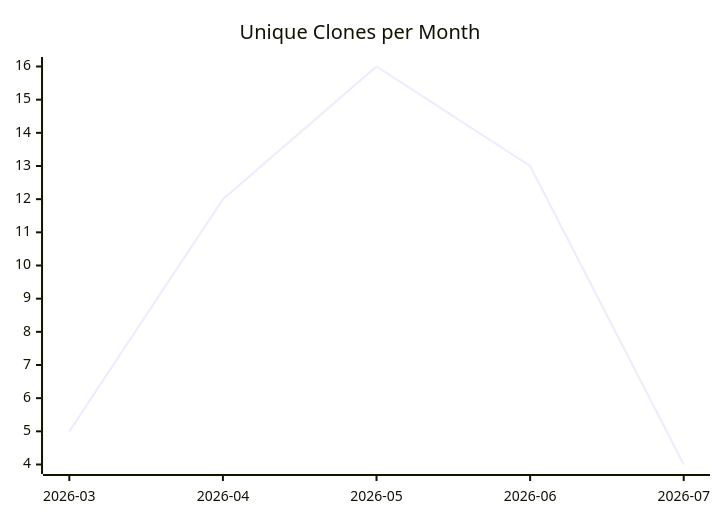
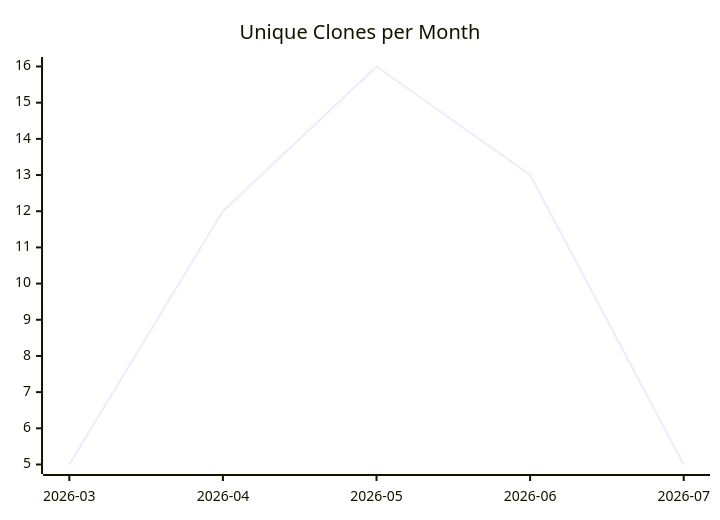
The third of 3 diagrams in karlmdavis/justdavis-karl/README.md (justdavis-family/github-analytics-data), drawn with Mermaid before and after one commit. The commit also changed other lines of this file and 180 other files, not shown here.

````diff
--- a/karlmdavis/justdavis-karl/README.md
+++ b/karlmdavis/justdavis-karl/README.md
@@ -19,6 +19,6 @@
 ```mermaid
 xychart-beta
   title "Unique Clones per Month"
   x-axis ["2026-03", "2026-04", "2026-05", "2026-06", "2026-07"]
-  line [5, 12, 16, 13, 4]
+  line [5, 12, 16, 13, 5]
 ```
````
